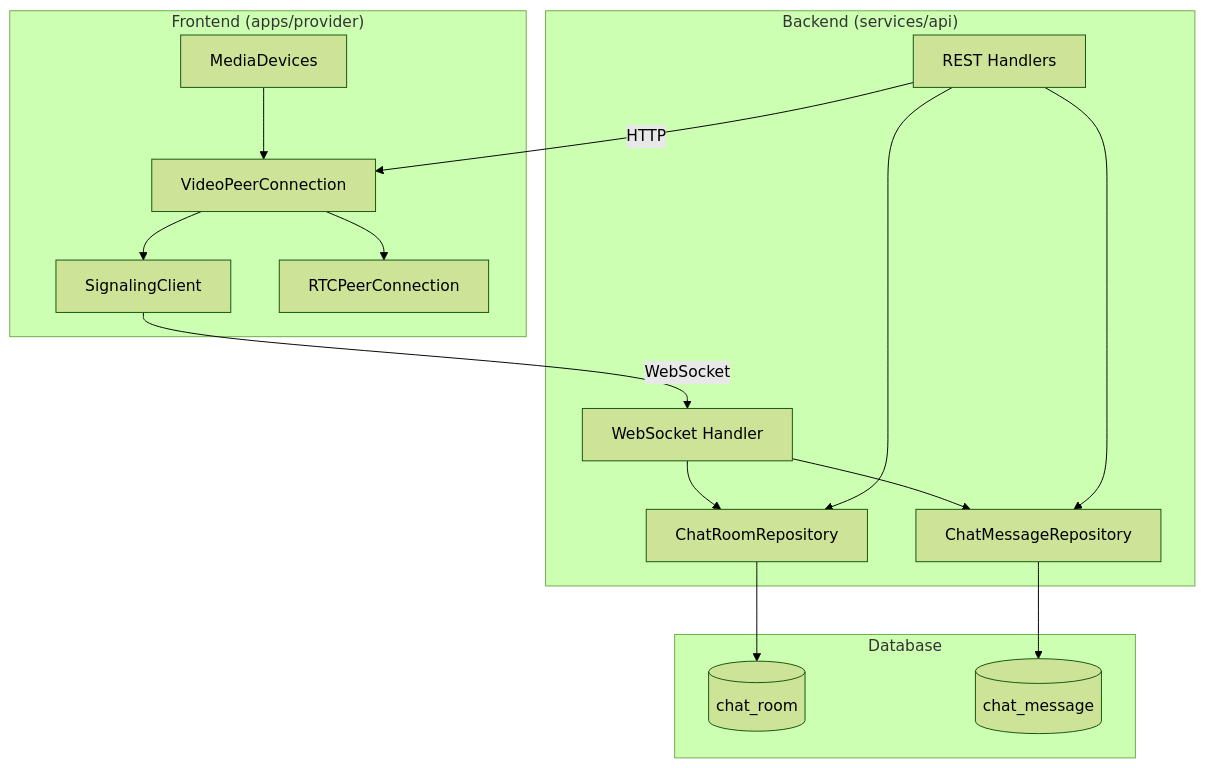
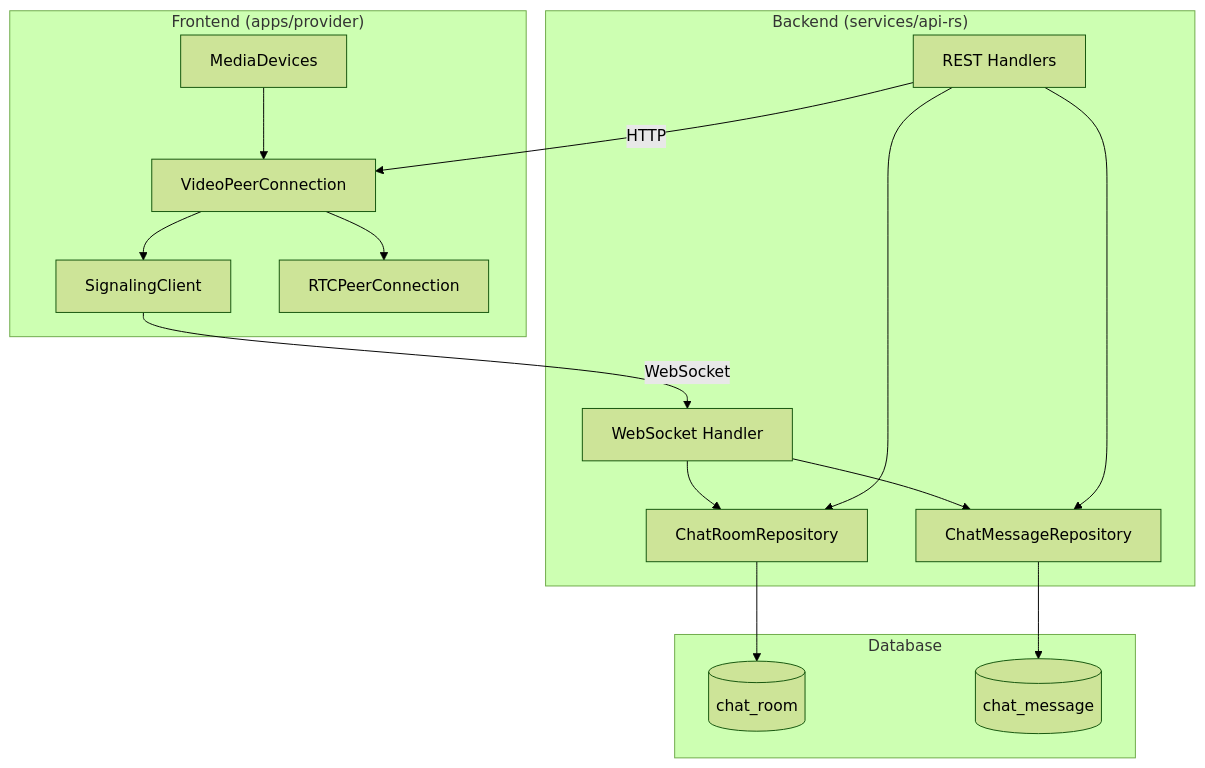
One commit to monobaselabs/monobase changed the third of 3 diagrams in services/api-rs/docs/VIDEO_CALL.md. Above: the diagram before and after it, drawn with Mermaid (forest theme). The commit also changed other lines of this file and 5 other files, not shown here.

````diff
--- a/services/api-rs/docs/VIDEO_CALL.md
+++ b/services/api-rs/docs/VIDEO_CALL.md
@@ -88,25 +88,25 @@
 ```mermaid
 flowchart TD
     subgraph "Frontend (apps/provider)"
         A[VideoPeerConnection] --> B[SignalingClient]
         A --> C[RTCPeerConnection]
         D[MediaDevices] --> A
     end
 
-    subgraph "Backend (services/api)"
+    subgraph "Backend (services/api-rs)"
         E[WebSocket Handler] --> F[ChatRoomRepository]
         E --> G[ChatMessageRepository]
         H[REST Handlers] --> F
         H --> G
     end
 
     subgraph "Database"
         I[(chat_room)]
         J[(chat_message)]
     end
 
     B -->|WebSocket| E
     F --> I
     G --> J
     H -->|HTTP| A
 ```
````
